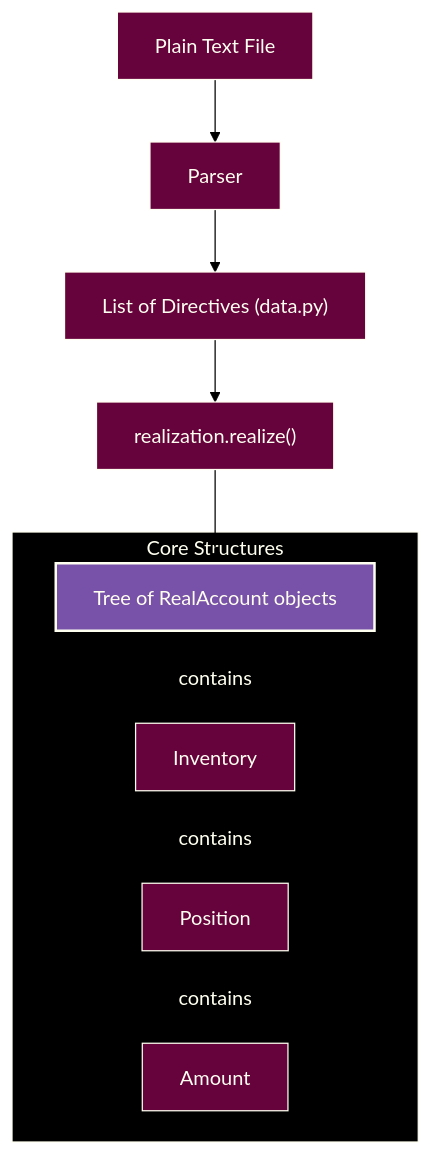
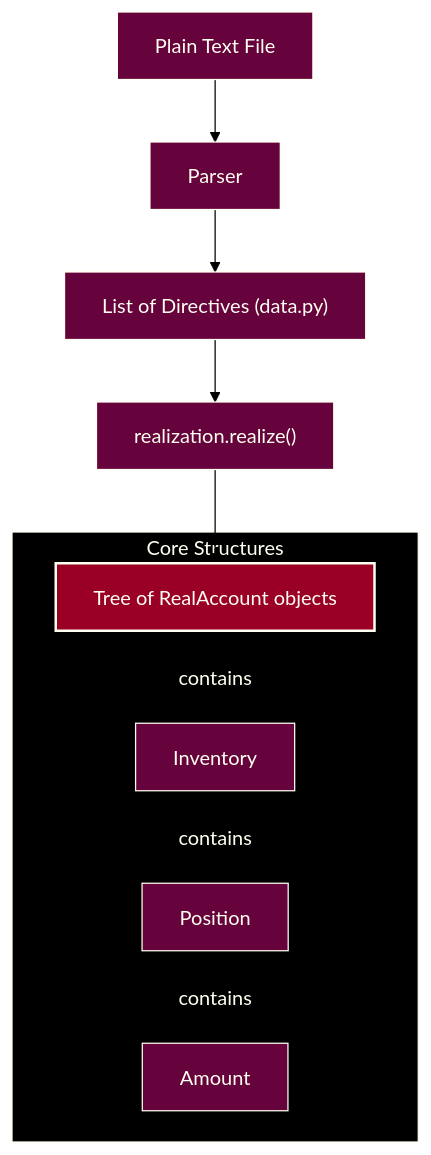
Before and after one commit to ryanduguid/beancount: the diagram in beancount/core/docs.md, drawn with Mermaid. The commit also changed 2 other files, not shown here.

Commit message:
docs: match Mermaid accents to website palette (#6)
Replace #7851A9 with #990024 in Mermaid diagrams.

````diff
--- a/beancount/core/docs.md
+++ b/beancount/core/docs.md
@@ -40,15 +40,15 @@
 ```mermaid
 graph TD
 %%{init: {"theme": "base", "look": "classic", "themeVariables": {"background": "#000000", "primaryColor": "#66023C", "primaryTextColor": "#FFFFF0", "primaryBorderColor": "#FFFFF0", "lineColor": "#000000", "textColor": "#FFFFF0", "edgeLabelBackground": "#000000", "clusterBkg": "#000000", "clusterBorder": "#FFFFF0", "titleColor": "#FFFFF0"}, "themeCSS": ".flowchart-link, .relationshipLine, marker path { filter: drop-shadow(0px 1px 0px #FFFFF0) drop-shadow(0px -1px 0px #FFFFF0) drop-shadow(1px 0px 0px #FFFFF0) drop-shadow(-1px 0px 0px #FFFFF0); }"}}%%
     Input[Plain Text File] --> Parser
     Parser --> Entries["List of Directives (data.py)"]
     Entries --> Realization["realization.realize()"]
     Realization --> RealAccountTree[Tree of RealAccount objects]
 
     subgraph Core Structures
     RealAccountTree -- contains --> Inventory
     Inventory -- contains --> Position
     Position -- contains --> Amount
     end
-    style RealAccountTree fill:#7851A9,stroke:#FFFFF0,stroke-width:2px,color:#FFFFF0
+    style RealAccountTree fill:#990024,stroke:#FFFFF0,stroke-width:2px,color:#FFFFF0
 ```
````
